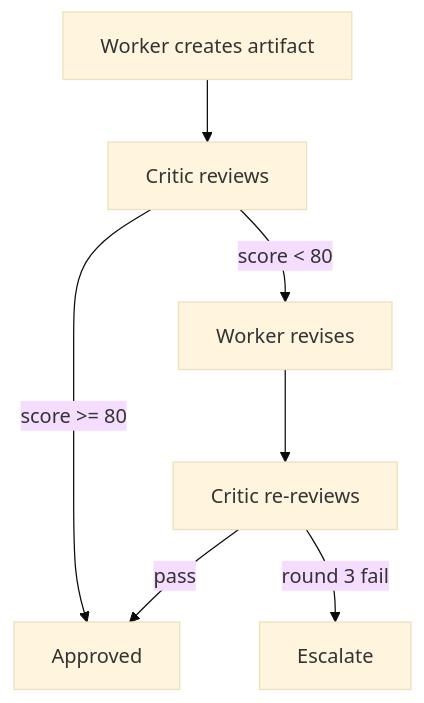
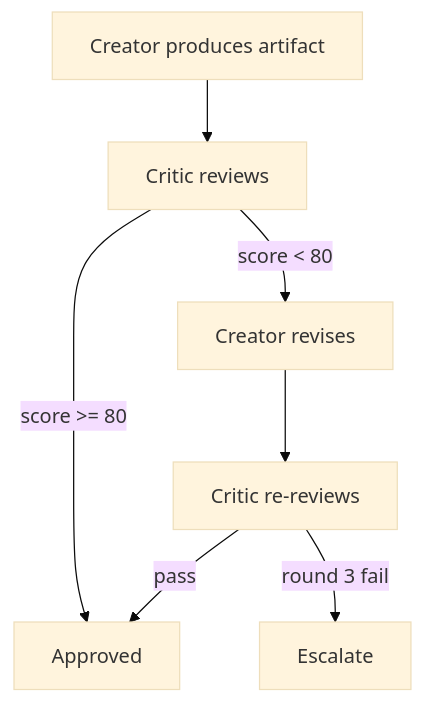
The second of 2 diagrams in guide/architecture.qmd (sebastianritterg/dittonomics), drawn with Mermaid (base theme) before and after one commit. The commit also changed other lines of this file and 38 other files, not shown here.

````diff
--- a/guide/architecture.qmd
+++ b/guide/architecture.qmd
@@ -76,9 +118,9 @@
 ```{mermaid}
 flowchart TD
-    W[Worker creates artifact] --> C[Critic reviews]
+    W[Creator produces artifact] --> C[Critic reviews]
     C -->|score >= 80| A[Approved]
-    C -->|score < 80| F[Worker revises]
+    C -->|score < 80| F[Creator revises]
     F --> C2[Critic re-reviews]
     C2 -->|pass| A
     C2 -->|round 3 fail| U[Escalate]
 ```
````
